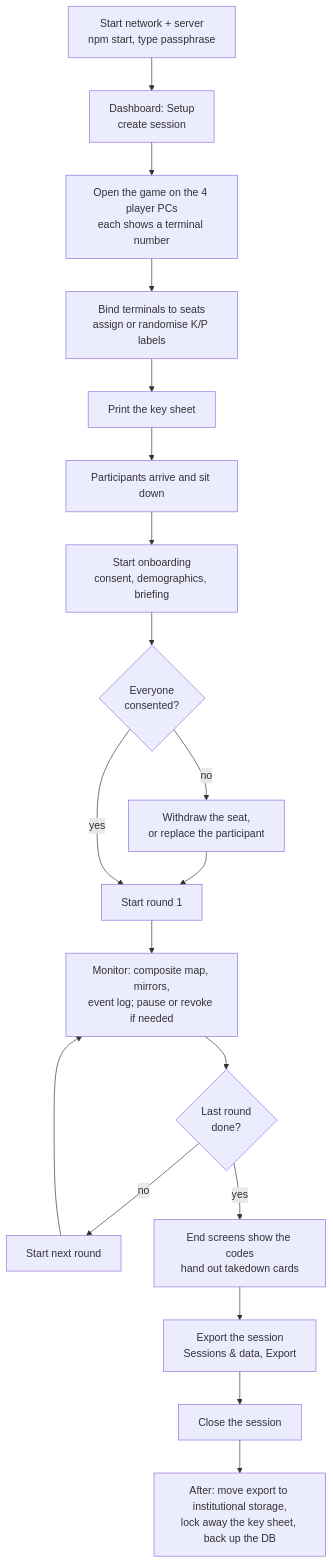
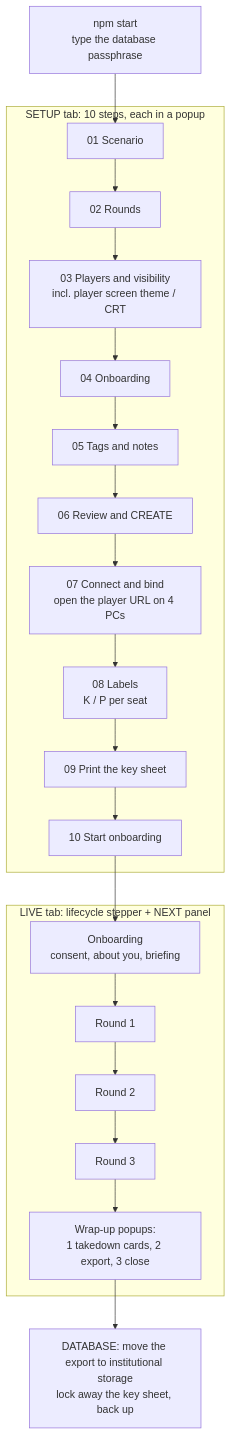
The diagram in docs/SESSION-RUNBOOK.md (xy-zak/WhoKnowsWhoActs), drawn with Mermaid before and after one commit. The commit also changed other lines of this file and 9 other files, not shown here.

````diff
--- a/docs/SESSION-RUNBOOK.md
+++ b/docs/SESSION-RUNBOOK.md
@@ -19,20 +27,14 @@
 ```mermaid
 flowchart TD
-  A["Start network + server<br/>npm start, type passphrase"] --> B["Dashboard: Setup<br/>create session"]
-  B --> C["Open the game on the 4 player PCs<br/>each shows a terminal number"]
-  C --> D["Bind terminals to seats<br/>assign or randomise K/P labels"]
-  D --> E["Print the key sheet"]
-  E --> F["Participants arrive and sit down"]
-  F --> G["Start onboarding<br/>consent, demographics, briefing"]
-  G --> H{"Everyone<br/>consented?"}
-  H -- "no" --> W["Withdraw the seat,<br/>or replace the participant"]
-  W --> I
-  H -- "yes" --> I["Start round 1"]
-  I --> J["Monitor: composite map, mirrors,<br/>event log; pause or revoke if needed"]
-  J --> K{"Last round<br/>done?"}
-  K -- "no" --> L["Start next round"] --> J
-  K -- "yes" --> M["End screens show the codes<br/>hand out takedown cards"]
-  M --> N["Export the session<br/>Sessions & data, Export"]
-  N --> O["Close the session"]
-  O --> P["After: move export to institutional storage,<br/>lock away the key sheet, back up the DB"]
+  A["npm start<br/>type the database passphrase"] --> S1
+  subgraph SETUP["SETUP tab: 10 steps, each in a popup"]
+    S1["01 Scenario"] --> S2["02 Rounds"] --> S3["03 Players and visibility<br/>incl. player screen theme / CRT"] --> S4["04 Onboarding"] --> S5["05 Tags and notes"] --> S6["06 Review and CREATE"]
+    S6 --> S7["07 Connect and bind<br/>open the player URL on 4 PCs"] --> S8["08 Labels<br/>K / P per seat"] --> S9["09 Print the key sheet"] --> S10["10 Start onboarding"]
+  end
+  S10 --> L1
+  subgraph LIVE["LIVE tab: lifecycle stepper + NEXT panel"]
+    L1["Onboarding<br/>consent, about you, briefing"] --> L2["Round 1"] --> L3["Round 2"] --> L4["Round 3"] --> W
+    W["Wrap-up popups:<br/>1 takedown cards, 2 export, 3 close"]
+  end
+  W --> D["DATABASE: move the export to institutional storage<br/>lock away the key sheet, back up"]
 ```
````
